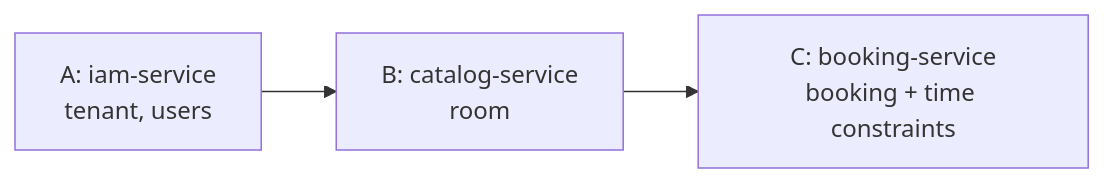
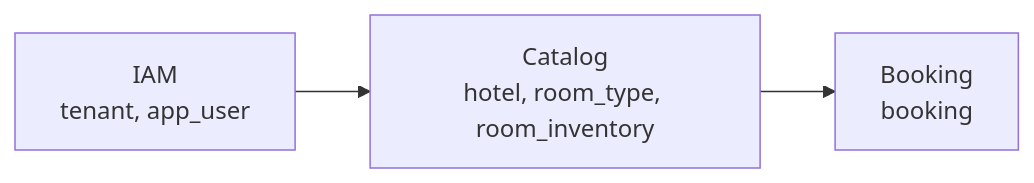
One commit to oabga/HotelBookingSystem changed the third of 3 diagrams in docs/erd-v2.md. Above: the diagram before and after it, drawn with Mermaid. The commit also changed other lines of this file and 1 other file, not shown here.

First line of the commit message:
docs: redesign around room_inventory, API contract v3.0

````diff
--- a/docs/erd-v2.md
+++ b/docs/erd-v2.md
@@ -168,5 +536,5 @@
 ```mermaid
 flowchart LR
-    A["A: iam-service<br/>tenant, users"] --> B["B: catalog-service<br/>room"]
-    B --> C["C: booking-service<br/>booking + time constraints"]
+    A["IAM<br/>tenant, app_user"] --> B["Catalog<br/>hotel, room_type, room_inventory"]
+    B --> C["Booking<br/>booking"]
 ```
````
